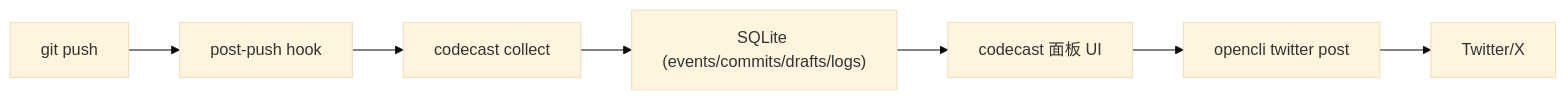
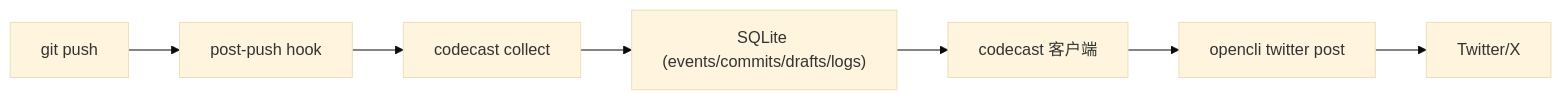
The diagram in README.zh-CN.md (jobmake77/CodeCast), drawn with Mermaid (base theme) before and after one commit. The commit also changed other lines of this file and 1 other file, not shown here.

````diff
--- a/README.zh-CN.md
+++ b/README.zh-CN.md
@@ -32,9 +32,9 @@
 ```mermaid
 flowchart LR
     A["git push"] --> B["post-push hook"]
     B --> C["codecast collect"]
     C --> D["SQLite (events/commits/drafts/logs)"]
-    D --> E["codecast 面板 UI"]
+    D --> E["codecast 客户端"]
     E --> F["opencli twitter post"]
     F --> G["Twitter/X"]
 ```
````
